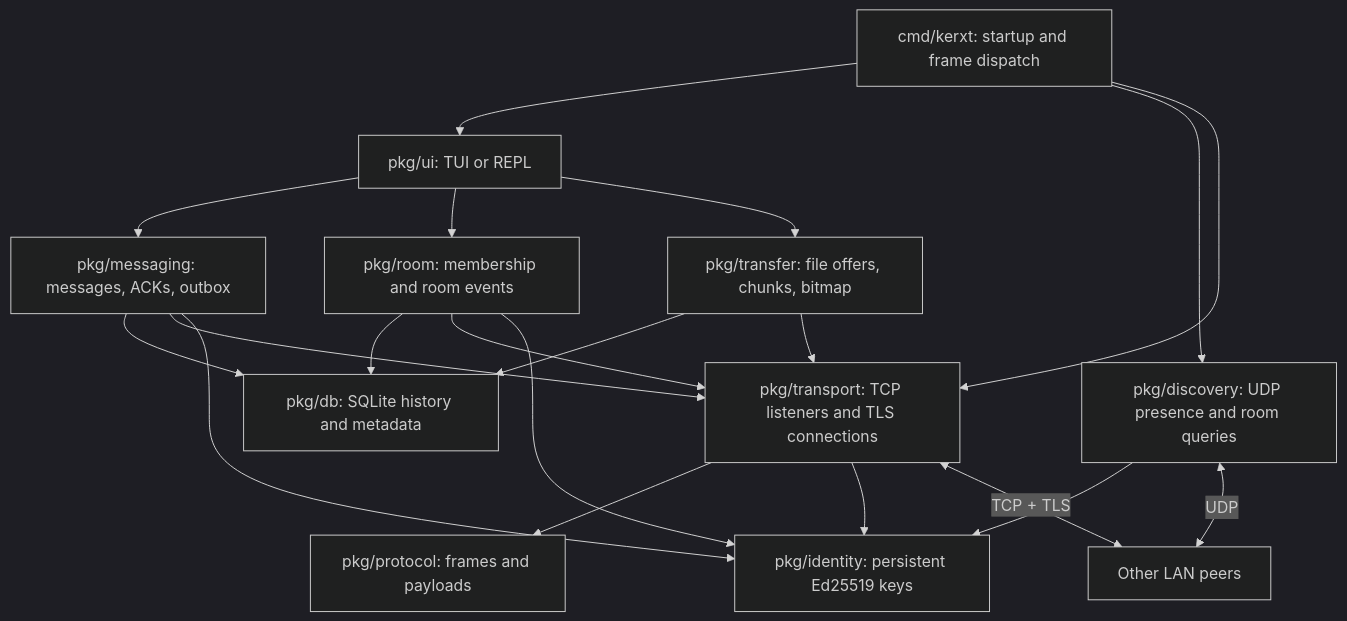
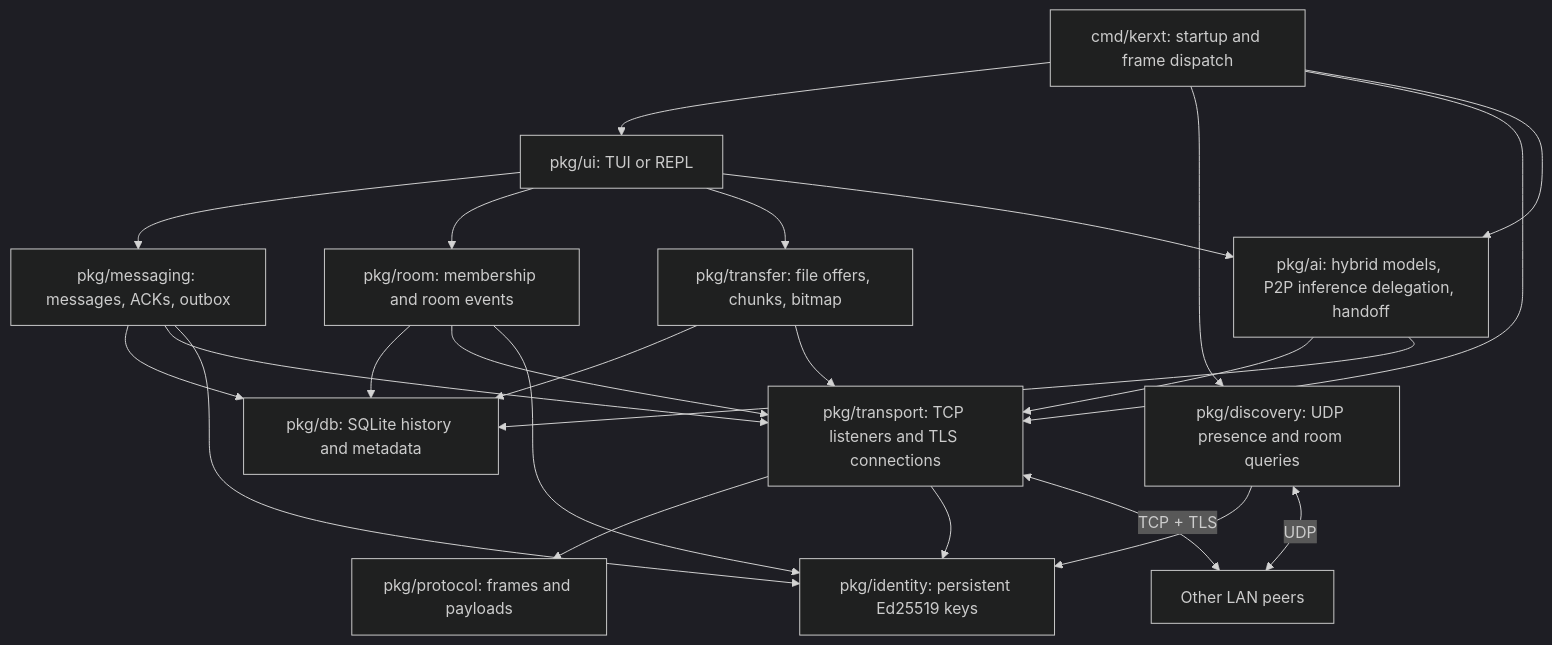
One commit to Tofupaste/Kerykeion_terminal changed the first of 5 diagrams in README.md. Above: the diagram before and after it, drawn with Mermaid (dark theme). The commit also changed other lines of this file and 4 other files, not shown here.

Commit message:
feat(ai): integrate hybrid model sharing, subscription CLI adapters, session handoff, and documentation

````diff
--- a/README.md
+++ b/README.md
@@ -200,34 +206,39 @@
 ```mermaid
 flowchart TB
     Main["cmd/kerxt: startup and frame dispatch"]
     UI["pkg/ui: TUI or REPL"]
     Discovery["pkg/discovery: UDP presence and room queries"]
     Messaging["pkg/messaging: messages, ACKs, outbox"]
     Room["pkg/room: membership and room events"]
     Transfer["pkg/transfer: file offers, chunks, bitmap"]
     Transport["pkg/transport: TCP listeners and TLS connections"]
     Protocol["pkg/protocol: frames and payloads"]
     Store["pkg/db: SQLite history and metadata"]
     Identity["pkg/identity: persistent Ed25519 keys"]
+    AI["pkg/ai: hybrid models, P2P inference delegation, handoff"]
     Peers["Other LAN peers"]
 
     Main --> UI
     Main --> Discovery
     Main --> Transport
+    Main --> AI
     UI --> Messaging
     UI --> Room
     UI --> Transfer
+    UI --> AI
+    AI --> Transport
+    AI --> Store
     Messaging --> Store
     Room --> Store
     Transfer --> Store
     Messaging --> Transport
     Room --> Transport
     Transfer --> Transport
     Transport --> Protocol
     Discovery --> Identity
     Messaging --> Identity
     Room --> Identity
     Transport --> Identity
     Discovery <-->|UDP| Peers
     Transport <-->|TCP + TLS| Peers
 ```
````
